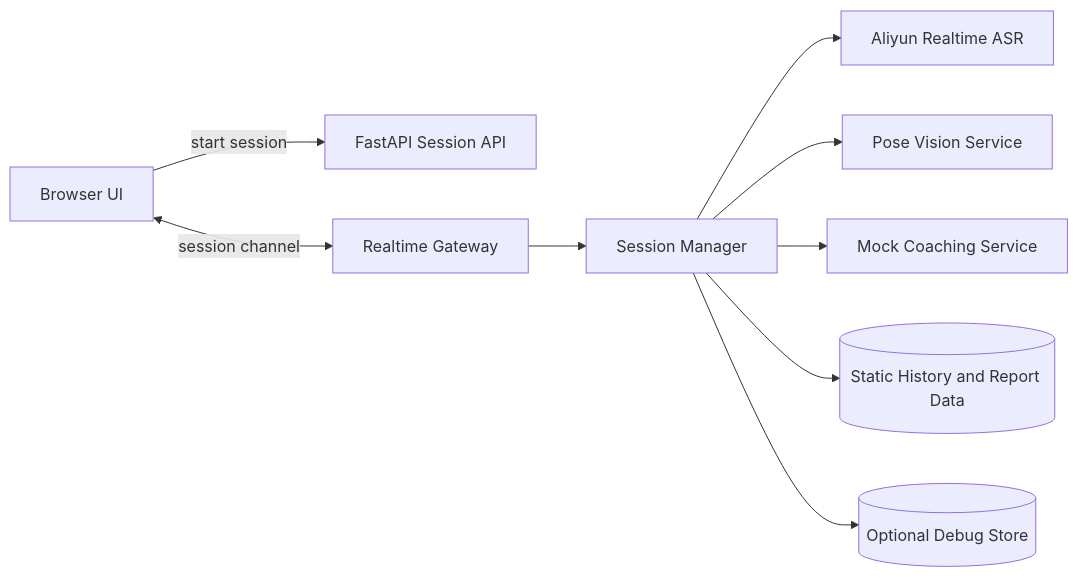
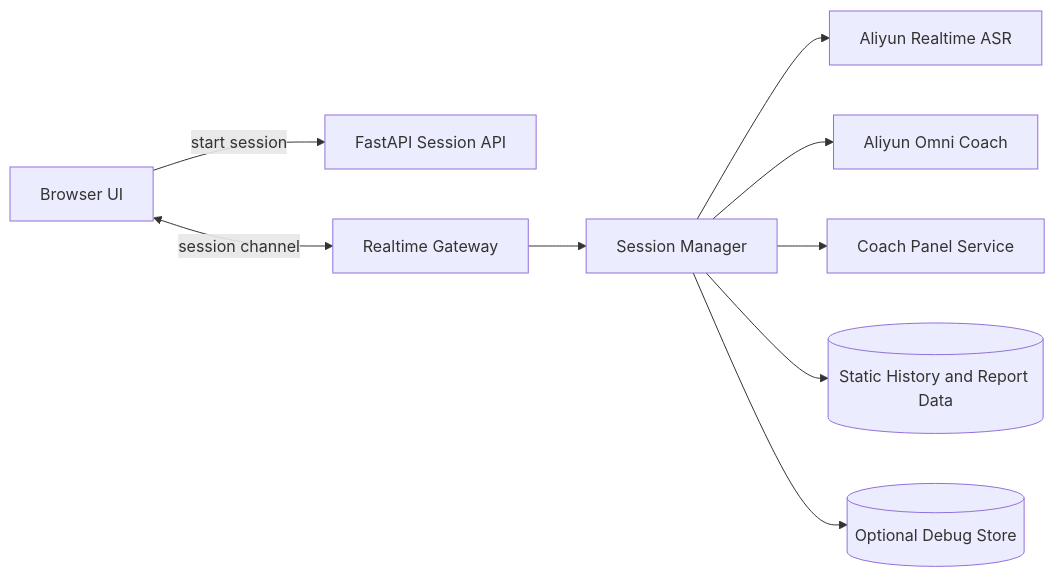
One commit to Nigel-yuan/speak_up changed the diagram in README.md. Above: the diagram before and after it, drawn with Mermaid. The commit also changed other lines of this file and 28 other files, not shown here.

````diff
--- a/README.md
+++ b/README.md
@@ -321,11 +298,11 @@
 ```mermaid
 flowchart LR
     A[Browser UI] -->|start session| B[FastAPI Session API]
     A <-->|session channel| C[Realtime Gateway]
     C --> D[Session Manager]
     D --> E[Aliyun Realtime ASR]
-    D --> F[Pose Vision Service]
-    D --> G[Mock Coaching Service]
+    D --> F[Aliyun Omni Coach]
+    D --> G[Coach Panel Service]
     D --> H[(Static History and Report Data)]
     D --> I[(Optional Debug Store)]
 ```
````
